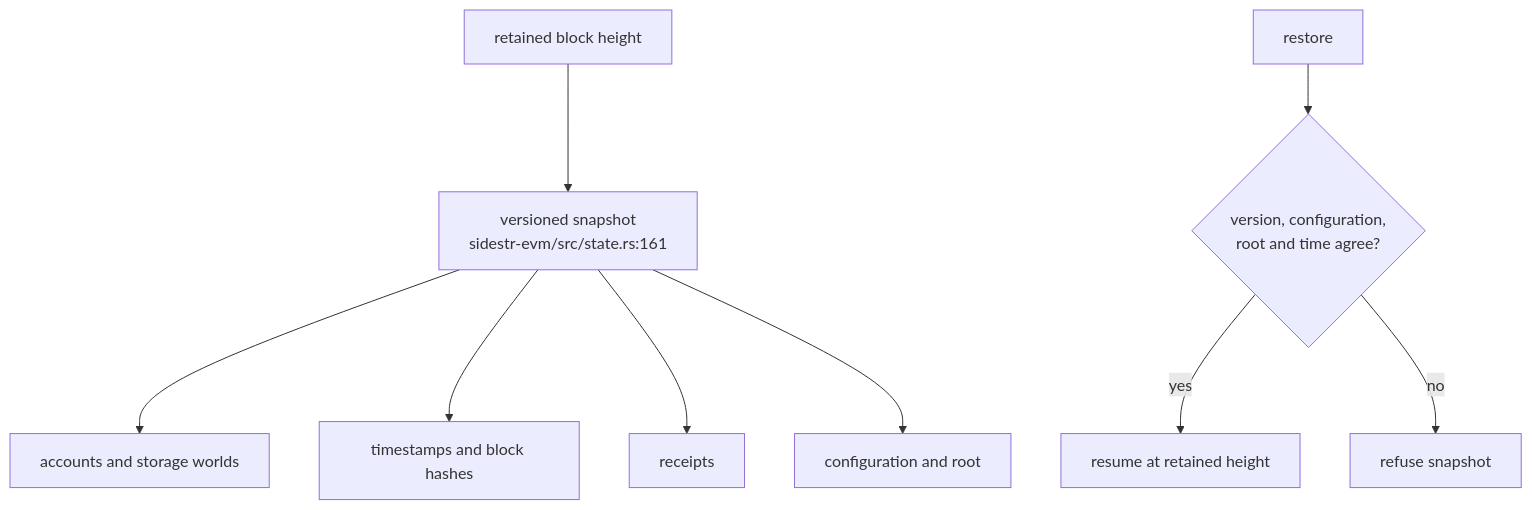
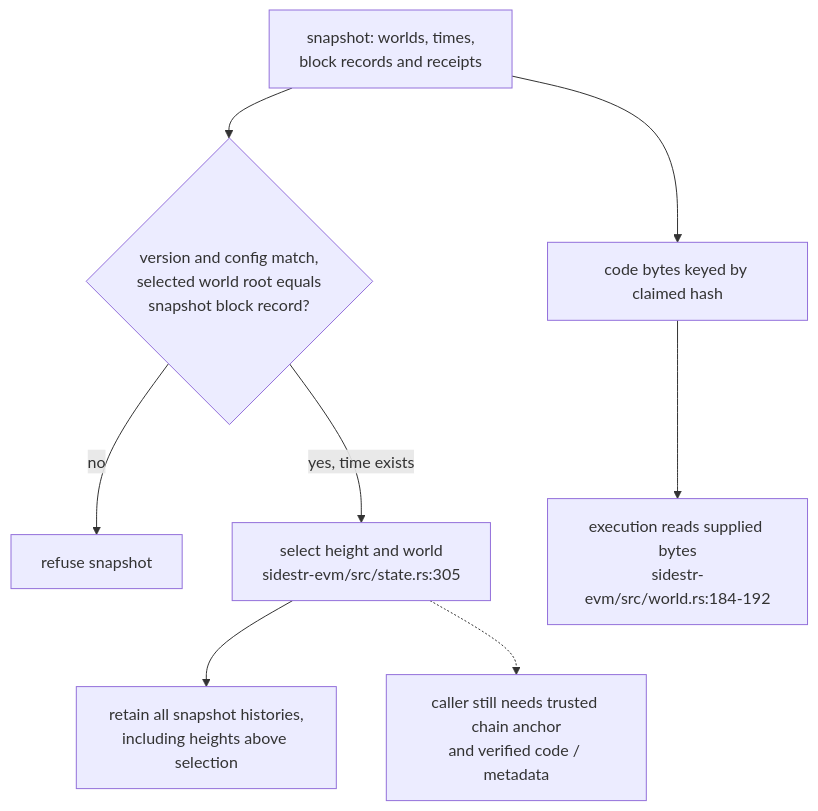
Before and after one commit to DreamLab-AI/VisionFlow: the third of 4 diagrams in docs/diagrams/sidestr-rs/03-evm-overlay-and-retained-state.md, drawn with Mermaid. The commit also changed other lines of this file and 27 other files, not shown here.

Commit message:
Audit SideStr EVM withdrawals and snapshot integrity

````diff
--- a/docs/diagrams/sidestr-rs/03-evm-overlay-and-retained-state.md
+++ b/docs/diagrams/sidestr-rs/03-evm-overlay-and-retained-state.md
@@ -77,11 +85,10 @@
 ```mermaid
 flowchart TB
-    BH["retained block height"] --> SNAP["versioned snapshot<br/>sidestr-evm/src/state.rs:161"]
-    SNAP --> W["accounts and storage worlds"]
-    SNAP --> T["timestamps and block hashes"]
-    SNAP --> RC["receipts"]
-    SNAP --> META["configuration and root"]
-    RESTORE["restore"] --> V{"version, configuration,<br/>root and time agree?"}
-    V -->|yes| LIVE["resume at retained height"]
+    SNAP["snapshot: worlds, times,<br/>block records and receipts"] --> V{"version and config match,<br/>selected world root equals<br/>snapshot block record?"}
     V -->|no| REF["refuse snapshot"]
+    V -->|yes, time exists| LIVE["select height and world<br/>sidestr-evm/src/state.rs:305"]
+    SNAP --> CODE["code bytes keyed by claimed hash"]
+    CODE --> EXEC["execution reads supplied bytes<br/>sidestr-evm/src/world.rs:184-192"]
+    LIVE --> ALL["retain all snapshot histories,<br/>including heights above selection"]
+    LIVE -.-> NEED["caller still needs trusted chain anchor<br/>and verified code / metadata"]
 ```
````
